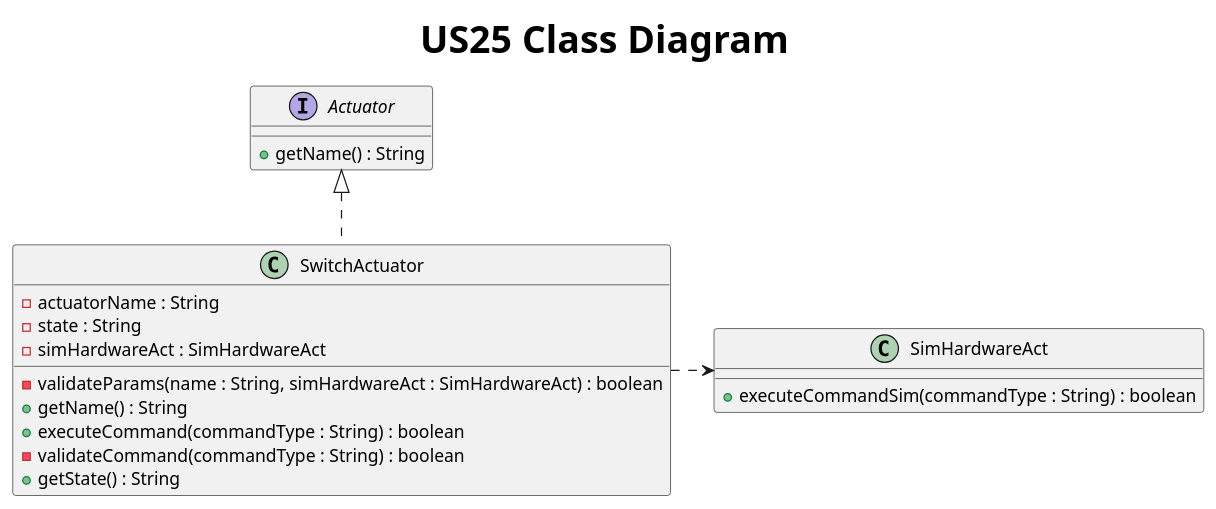
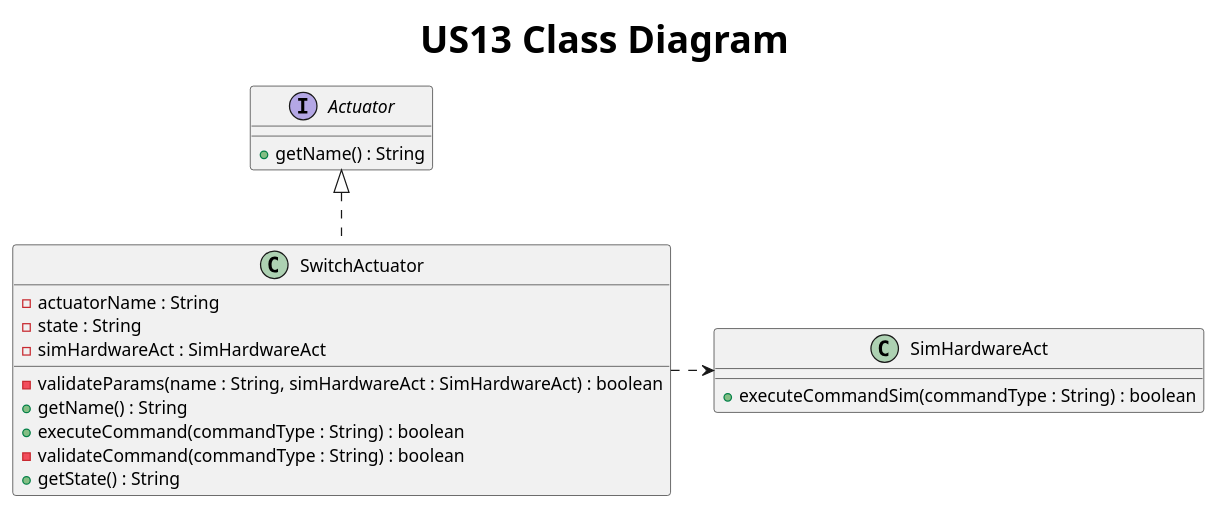
One commit to AfonsoNeves77/smartHouse changed the diagram in Docs/US13/S3US13ClassDiagram.puml. Above: the diagram before and after it, drawn with PlantUML. The commit also changed 1 other file, not shown here.

Commit message:
Added class diagram for US14

```diff
--- a/Docs/US13/S3US13ClassDiagram.puml
+++ b/Docs/US13/S3US13ClassDiagram.puml
@@ -1,26 +1,26 @@
 @startuml
-title <size: 30> US25 Class Diagram
+title <size: 30> US13 Class Diagram
 
 interface Actuator {
     + getName() : String
 }
 
 class SwitchActuator{
     - actuatorName : String
     - state : String
     - simHardwareAct : SimHardwareAct
 
     - validateParams(name : String, simHardwareAct : SimHardwareAct) : boolean
     + getName() : String
     + executeCommand(commandType : String) : boolean
     - validateCommand(commandType : String) : boolean
     + getState() : String
 }
 
 class SimHardwareAct {
     + executeCommandSim(commandType : String) : boolean
 }
 
 Actuator <|.. SwitchActuator
 SwitchActuator .right.> SimHardwareAct
 @enduml
```
